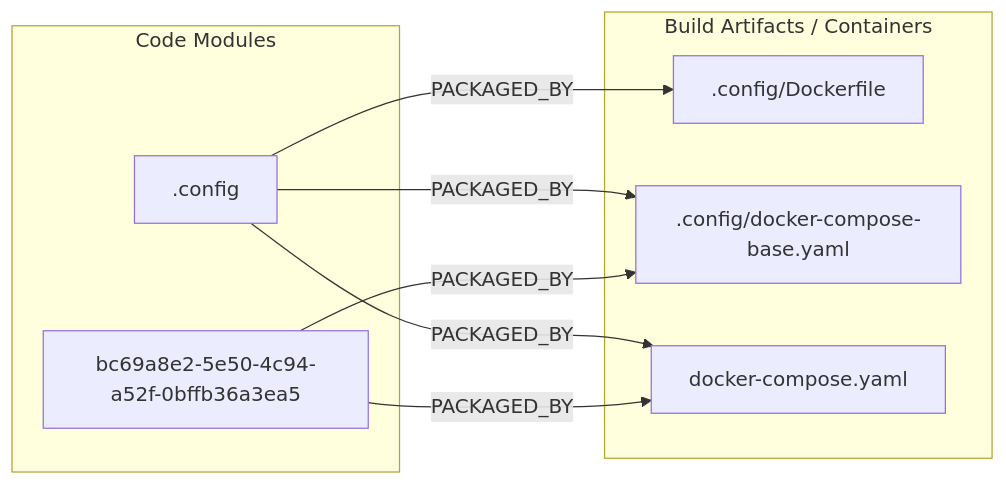
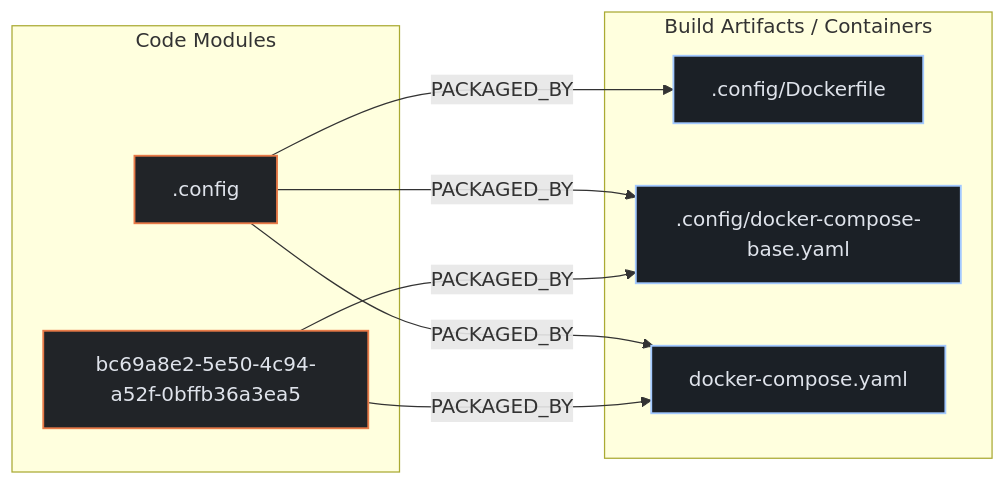
Before and after one commit to kumarshaz/atruss-code-atlas: the second of 3 diagrams in exports/latest/reports/grafana-grafana-csv-datasource-report.md, drawn with Mermaid. The commit also changed other lines of this file and 331 other files, not shown here.

Commit message:
docs,ui,fix: update SDLC docs, reorder CI/CD DAG first, stylize Mermaid, and fix Arc42 pipeline topology

````diff
--- a/exports/latest/reports/grafana-grafana-csv-datasource-report.md
+++ b/exports/latest/reports/grafana-grafana-csv-datasource-report.md
@@ -134,17 +141,21 @@
 ```mermaid
 flowchart LR
+    classDef atlasCategory fill:#212428,stroke:#E87A48,stroke-width:1.5px,color:#dfe3eb
+    classDef atlasWorkflow fill:#1b2026,stroke:#a3c9ff,stroke-width:1.5px,color:#dfe3eb
+    classDef atlasJob fill:#171c22,stroke:#8d9199,stroke-width:1px,color:#dfe3eb
+    classDef atlasTarget fill:#005227,stroke:#8bd99b,stroke-width:1.5px,color:#a7f6b6
     subgraph code_modules["Code Modules"]
-        mod__config[".config"]
-        mod_bc69a8e2_5e50_4c94_a52f_0bffb36a3ea5["bc69a8e2-5e50-4c94-a52f-0bffb36a3ea5"]
+        mod__config[".config"]:::atlasCategory
+        mod_bc69a8e2_5e50_4c94_a52f_0bffb36a3ea5["bc69a8e2-5e50-4c94-a52f-0bffb36a3ea5"]:::atlasCategory
     end
     subgraph build_artifacts["Build Artifacts / Containers"]
-        art__config_Dockerfile[".config/Dockerfile"]
-        art__config_docker_compose_base_yaml[".config/docker-compose-base.yaml"]
-        art_docker_compose_yaml["docker-compose.yaml"]
+        art__config_Dockerfile[".config/Dockerfile"]:::atlasWorkflow
+        art__config_docker_compose_base_yaml[".config/docker-compose-base.yaml"]:::atlasWorkflow
+        art_docker_compose_yaml["docker-compose.yaml"]:::atlasWorkflow
     end
     mod__config -->|PACKAGED_BY| art__config_Dockerfile
     mod__config -->|PACKAGED_BY| art__config_docker_compose_base_yaml
     mod__config -->|PACKAGED_BY| art_docker_compose_yaml
     mod_bc69a8e2_5e50_4c94_a52f_0bffb36a3ea5 -->|PACKAGED_BY| art__config_docker_compose_base_yaml
     mod_bc69a8e2_5e50_4c94_a52f_0bffb36a3ea5 -->|PACKAGED_BY| art_docker_compose_yaml
 ```
````
